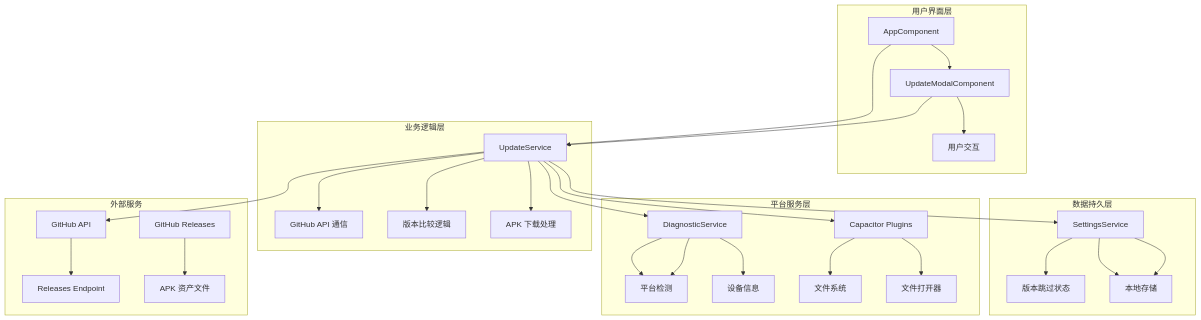
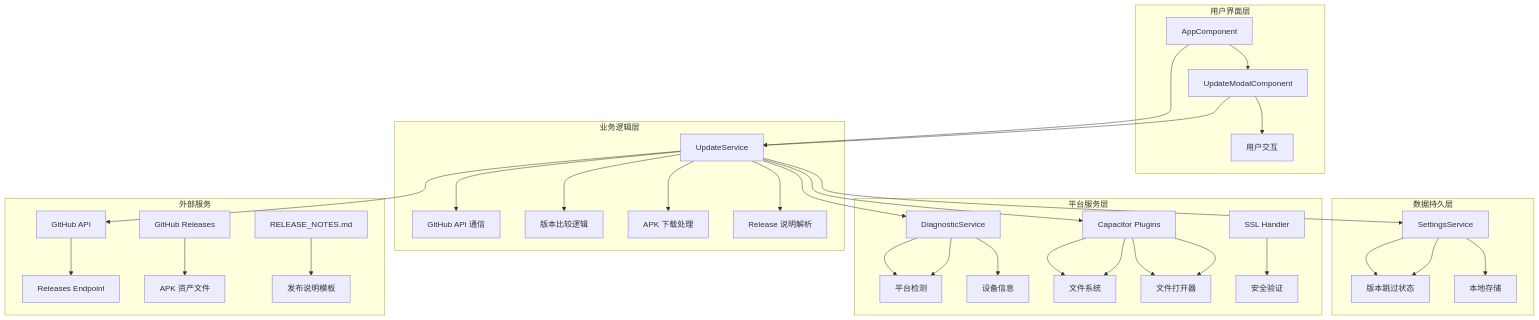
Before and after one commit to tea4go/Macro-Deck-Client-App: the second of 10 diagrams in .qoder/repowiki/zh/content/核心功能模块/应用程序更新系统.md, drawn with Mermaid. The commit also changed other lines of this file and 8 other files, not shown here.

````diff
--- a/.qoder/repowiki/zh/content/核心功能模块/应用程序更新系统.md
+++ b/.qoder/repowiki/zh/content/核心功能模块/应用程序更新系统.md
@@ -137,34 +166,39 @@
 ```mermaid
 graph TB
 subgraph "用户界面层"
 A[AppComponent] --> B[UpdateModalComponent]
 B --> C[用户交互]
 end
 subgraph "业务逻辑层"
 D[UpdateService] --> E[GitHub API 通信]
 D --> F[版本比较逻辑]
 D --> G[APK 下载处理]
+D --> H[Release 说明解析]
 end
 subgraph "数据持久层"
-H[SettingsService] --> I[版本跳过状态]
-H --> J[本地存储]
+I[SettingsService] --> J[版本跳过状态]
+I --> K[本地存储]
 end
 subgraph "平台服务层"
-K[DiagnosticService] --> L[平台检测]
-K --> M[设备信息]
-N[Capacitor Plugins] --> O[文件系统]
-N --> P[文件打开器]
+L[DiagnosticService] --> M[平台检测]
+L --> N[设备信息]
+O[Capacitor Plugins] --> P[文件系统]
+O --> Q[文件打开器]
+R[SSL Handler] --> S[安全验证]
 end
 subgraph "外部服务"
-Q[GitHub API] --> R[Releases Endpoint]
-S[GitHub Releases] --> T[APK 资产文件]
+T[GitHub API] --> U[Releases Endpoint]
+V[GitHub Releases] --> W[APK 资产文件]
+X[RELEASE_NOTES.md] --> Y[发布说明模板]
 end
 A --> D
-D --> H
-D --> K
-D --> N
-D --> Q
+D --> I
+D --> L
+D --> O
+D --> T
 B --> D
-H --> J
-K --> L
+I --> J
+L --> M
+O --> P
+O --> Q
 ```
````
